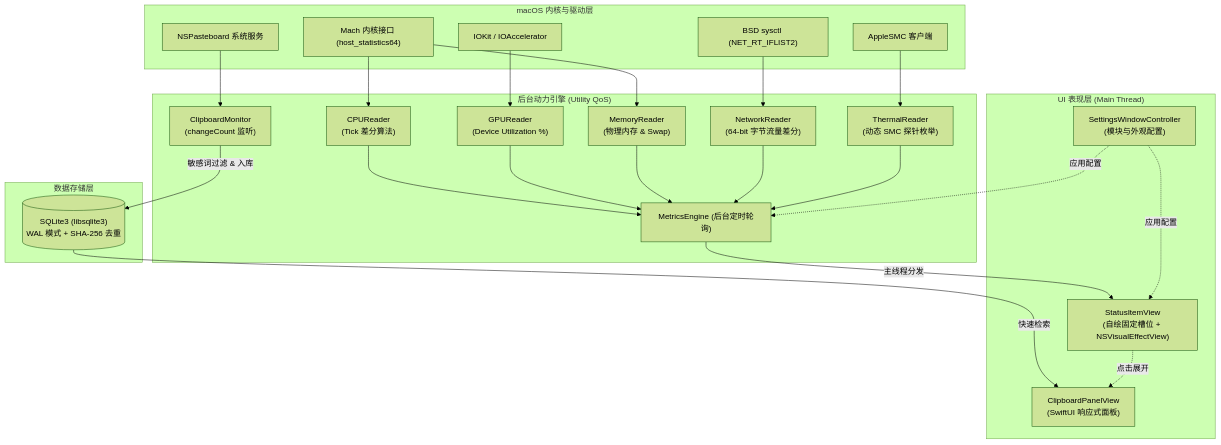
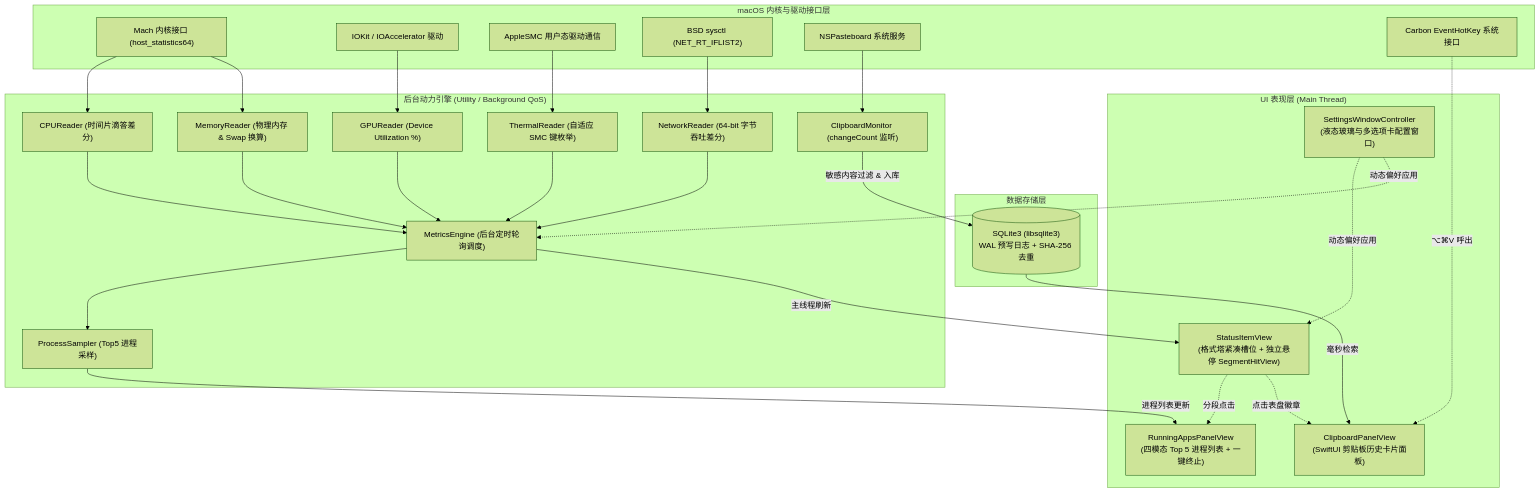
Before and after one commit to sagirilovely/ClipStats: the diagram in README.md, drawn with Mermaid (forest theme). The commit also changed other lines of this file and 9 other files, not shown here.

````diff
--- a/README.md
+++ b/README.md
@@ -132,44 +195,52 @@
 ```mermaid
 flowchart TD
-    subgraph System["macOS 内核与驱动层"]
+    subgraph System["macOS 内核与驱动接口层"]
         MachHost["Mach 内核接口 (host_statistics64)"]
-        IOReg["IOKit / IOAccelerator"]
-        SMC["AppleSMC 客户端"]
+        IOReg["IOKit / IOAccelerator 驱动"]
+        SMC["AppleSMC 用户态驱动通信"]
         SysctlNet["BSD sysctl (NET_RT_IFLIST2)"]
         NSPaste["NSPasteboard 系统服务"]
+        CarbonKey["Carbon EventHotKey 系统接口"]
     end
 
-    subgraph Engine["后台动力引擎 (Utility QoS)"]
-        MetricsEng["MetricsEngine (后台定时轮询)"]
-        CPUReader["CPUReader\n(Tick 差分算法)"]
-        GPUReader["GPUReader\n(Device Utilization %)"]
-        MemReader["MemoryReader\n(物理内存 & Swap)"]
-        NetReader["NetworkReader\n(64-bit 字节流量差分)"]
-        ThermalReader["ThermalReader\n(动态 SMC 探针枚举)"]
-        ClipMon["ClipboardMonitor\n(changeCount 监听)"]
+    subgraph Engine["后台动力引擎 (Utility / Background QoS)"]
+        MetricsEng["MetricsEngine (后台定时轮询调度)"]
+        CPUReader["CPUReader (时间片滴答差分)"]
+        GPUReader["GPUReader (Device Utilization %)"]
+        MemReader["MemoryReader (物理内存 & Swap 换算)"]
+        NetReader["NetworkReader (64-bit 字节吞吐差分)"]
+        ThermalReader["ThermalReader (自适应 SMC 键枚举)"]
+        ProcSampler["ProcessSampler (Top5 进程采样)"]
+        ClipMon["ClipboardMonitor (changeCount 监听)"]
     end
 
     subgraph Storage["数据存储层"]
-        SQLite[("SQLite3 (libsqlite3)\nWAL 模式 + SHA-256 去重")]
+        SQLite[("SQLite3 (libsqlite3)\nWAL 预写日志 + SHA-256 去重")]
     end
 
     subgraph Presentation["UI 表现层 (Main Thread)"]
-        StatusItem["StatusItemView\n(自绘固定槽位 + NSVisualEffectView)"]
-        Panel["ClipboardPanelView\n(SwiftUI 响应式面板)"]
-        Settings["SettingsWindowController\n(模块与外观配置)"]
+        StatusItem["StatusItemView\n(格式塔紧凑槽位 + 独立悬停 SegmentHitView)"]
+        AppsPanel["RunningAppsPanelView\n(四模态 Top 5 进程列表 + 一键终止)"]
+        ClipPanel["ClipboardPanelView\n(SwiftUI 剪贴板历史卡片面板)"]
+        SettingsWin["SettingsWindowController\n(液态玻璃与多选项卡配置窗口)"]
     end
 
     MachHost --> CPUReader & MemReader
     IOReg --> GPUReader
     SMC --> ThermalReader
     SysctlNet --> NetReader
+    NSPaste --> ClipMon
 
     CPUReader & GPUReader & MemReader & NetReader & ThermalReader --> MetricsEng
-    NSPaste --> ClipMon
+    MetricsEng --> ProcSampler
+    MetricsEng -->|主线程刷新| StatusItem
+    ProcSampler -->|进程列表更新| AppsPanel
 
-    ClipMon -->|敏感词过滤 & 入库| SQLite
-    MetricsEng -->|主线程分发| StatusItem
-    SQLite -->|快速检索| Panel
-    StatusItem -.->|点击展开| Panel
-    Settings -.->|应用配置| StatusItem & MetricsEng
+    ClipMon -->|敏感内容过滤 & 入库| SQLite
+    SQLite -->|毫秒检索| ClipPanel
+
+    StatusItem -.->|分段点击| AppsPanel
+    CarbonKey -.->|⌥⌘V 呼出| ClipPanel
+    StatusItem -.->|点击表盘徽章| ClipPanel
+    SettingsWin -.->|动态偏好应用| StatusItem & MetricsEng
 ```
````
